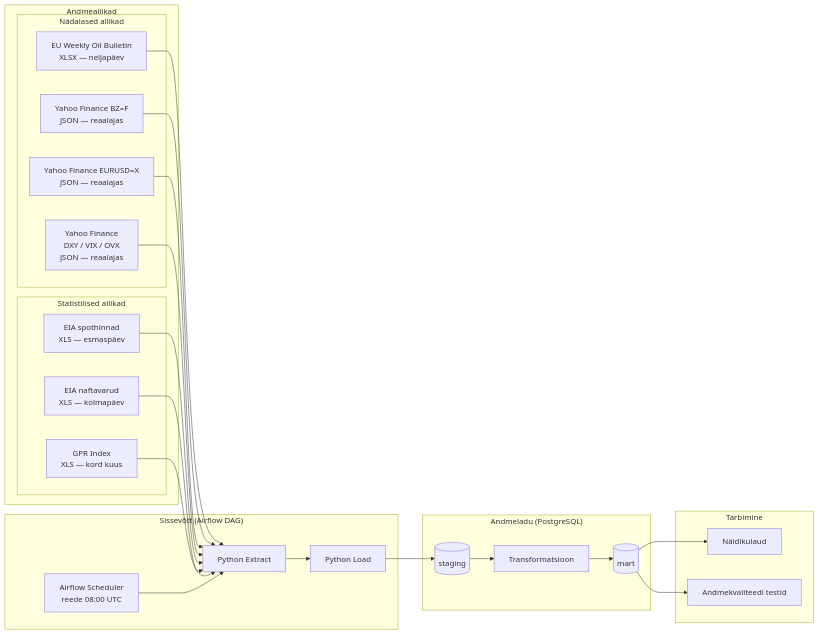
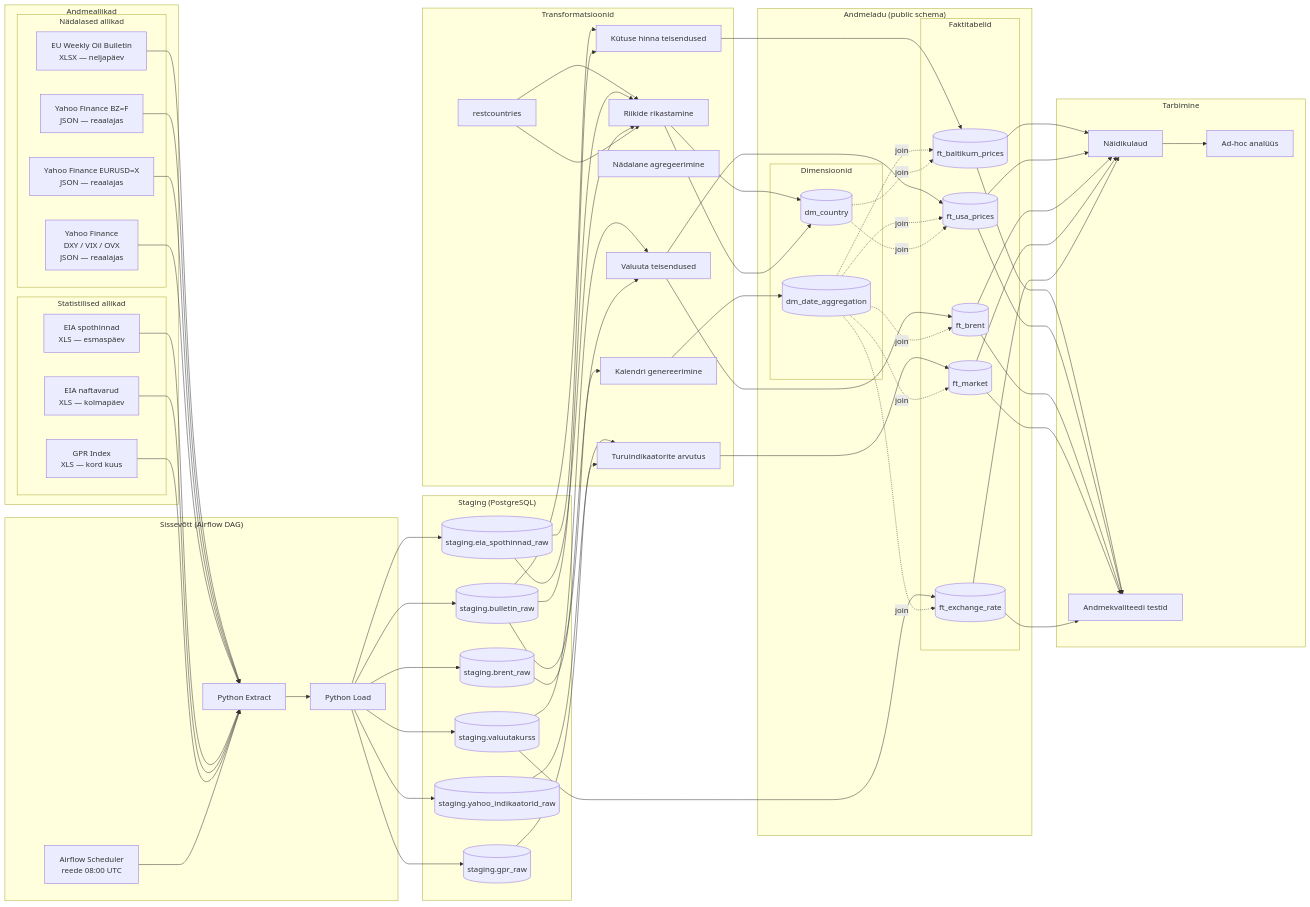
Before and after one commit to godbolts/fuel_analysis: the diagram in README.md, drawn with Mermaid. The commit also changed other lines of this file, not shown here.

Commit message:
Readme Update

````diff
--- a/README.md
+++ b/README.md
@@ -17,37 +17,82 @@
     subgraph Sources["Andmeallikad"]
 
         subgraph Weekly["Nädalased allikad"]
-            eu[EU Weekly Oil Bulletin\nXLSX — neljapäev]
-            yahoo_brent[Yahoo Finance BZ=F\nJSON — reaalajas]
-            yahoo_fx[Yahoo Finance EURUSD=X\nJSON — reaalajas]
-            yahoo_ind[Yahoo Finance\nDXY / VIX / OVX\nJSON — reaalajas]
+            eu[EU Weekly Oil Bulletin<br/>XLSX — neljapäev]
+            yahoo_brent[Yahoo Finance BZ=F<br/>JSON — reaalajas]
+            yahoo_fx[Yahoo Finance EURUSD=X<br/>JSON — reaalajas]
+            yahoo_ind[Yahoo Finance<br/>DXY / VIX / OVX<br/>JSON — reaalajas]
         end
 
         subgraph Frequent["Statistilised allikad"]
-            eia_spot[EIA spothinnad\nXLS — esmaspäev]
-            eia_varud[EIA naftavarud\nXLS — kolmapäev]
-            gpr[GPR Index\nXLS — kord kuus]
+            eia_spot[EIA spothinnad<br/>XLS — esmaspäev]
+            eia_varud[EIA naftavarud<br/>XLS — kolmapäev]
+            gpr[GPR Index<br/>XLS — kord kuus]
         end
 
     end
 
     subgraph Ingestion["Sissevõtt (Airflow DAG)"]
+        scheduler[Airflow Scheduler<br/>reede 08:00 UTC]
         extract[Python Extract]
         load[Python Load]
-        scheduler[Airflow Scheduler\nreede 08:00 UTC]
     end
 
-    subgraph Storage["Andmeladu (PostgreSQL)"]
-        staging[(staging)]
-        transform[Transformatsioon]
-        mart[(mart)]
+    subgraph Staging["Staging (PostgreSQL)"]
+
+        bulletin[(staging.bulletin_raw)]
+        brent_raw[(staging.brent_raw)]
+        fx_raw[(staging.valuutakurss)]
+        indicators_raw[(staging.yahoo_indikaatorid_raw)]
+        eia_raw[(staging.eia_spothinnad_raw)]
+        gpr_raw[(staging.gpr_raw)]
+
+    end
+
+    subgraph Transform["Transformatsioonid"]
+
+        date_gen[Kalendri genereerimine]
+    restcountries --> country_gen
+
+    
+        country_gen[Riikide rikastamine]
+        weekly_agg[Nädalane agregeerimine]
+        currency_calc[Valuuta teisendused]
+        fuel_calc[Kütuse hinna teisendused]
+        market_calc[Turuindikaatorite arvutus]
+
+    end
+
+    subgraph Warehouse["Andmeladu (public schema)"]
+
+        subgraph Dimensions["Dimensioonid"]
+
+            dm_date[(dm_date_aggregation)]
+country_gen --> dm_country
+            dm_country[(dm_country)]
+
+        end
+
+        subgraph Facts["Faktitabelid"]
+
+            ft_baltic[(ft_baltikum_prices)]
+            ft_usa[(ft_usa_prices)]
+            ft_brent[(ft_brent)]
+            ft_market[(ft_market)]
+            ft_fx[(ft_exchange_rate)]
+
+        end
+
     end
 
     subgraph Consumption["Tarbimine"]
+
         dashboard[Näidikulaud]
         quality[Andmekvaliteedi testid]
+        analytics[Ad-hoc analüüs]
+
     end
 
+    %% Sources -> ingestion
     eu --> extract
     yahoo_brent --> extract
     yahoo_fx --> extract
@@ -58,11 +103,63 @@
 
     scheduler --> extract
     extract --> load
-    load --> staging
 
-    staging --> transform
-    transform --> mart
+    %% Load to staging
+    load --> bulletin
+    load --> brent_raw
+    load --> fx_raw
+    load --> indicators_raw
+    load --> eia_raw
+    load --> gpr_raw
 
-    mart --> dashboard
-    mart --> quality
+    %% Dimension creation
+    bulletin --> date_gen
+    date_gen --> dm_date
+
+    bulletin --> country_gen
+    eia_raw --> country_gen
+    restcountries --> country_gen
+    country_gen --> dm_country
+
+    %% Fact creation
+    bulletin --> fuel_calc
+    fuel_calc --> ft_baltic
+
+    eia_raw --> fuel_calc
+    fx_raw --> currency_calc
+    currency_calc --> ft_usa
+
+    brent_raw --> currency_calc
+    currency_calc --> ft_brent
+
+    fx_raw --> ft_fx
+
+    indicators_raw --> market_calc
+    gpr_raw --> market_calc
+    market_calc --> ft_market
+
+    %% Dimension joins
+    dm_date -. join .-> ft_baltic
+    dm_date -. join .-> ft_usa
+    dm_date -. join .-> ft_brent
+    dm_date -. join .-> ft_market
+    dm_date -. join .-> ft_fx
+
+    dm_country -. join .-> ft_baltic
+    dm_country -. join .-> ft_usa
+
+    %% Consumption
+    ft_baltic --> dashboard
+    ft_usa --> dashboard
+    ft_brent --> dashboard
+    ft_market --> dashboard
+    ft_fx --> dashboard
+
+    ft_baltic --> quality
+    ft_usa --> quality
+    ft_brent --> quality
+    ft_market --> quality
+    ft_fx --> quality
+
+    dashboard --> analytics
 ```
````
